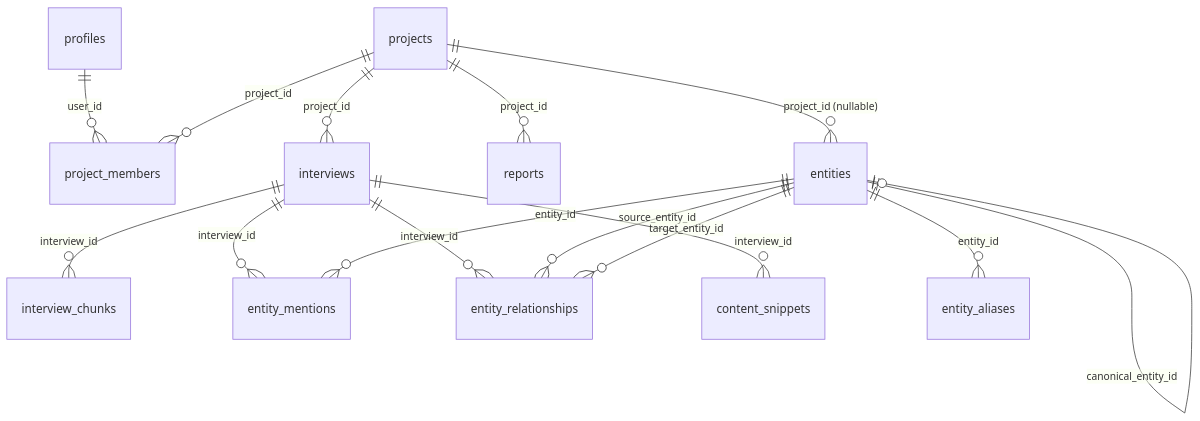
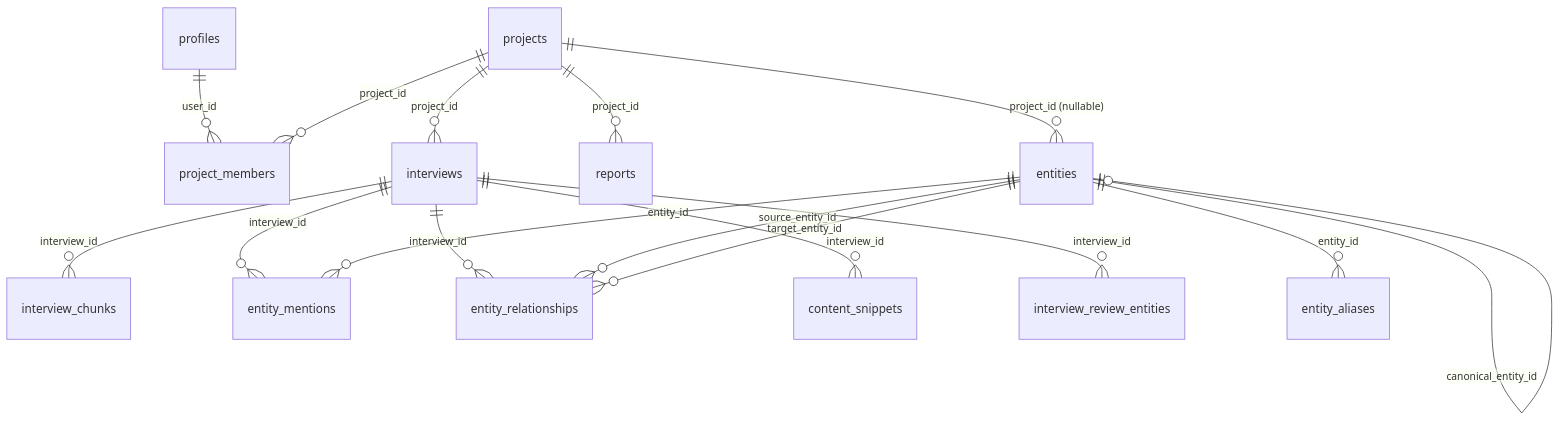
The first of 3 diagrams in docs/infrastructure/database-schema.md (carlosmatac/sovereign-data), drawn with Mermaid before and after one commit. The commit also changed other lines of this file and 5 other files, not shown here.

Commit message:
Added new doc to implement  feature: human review layer for interview processing

````diff
--- a/docs/infrastructure/database-schema.md
+++ b/docs/infrastructure/database-schema.md
@@ -25,17 +25,18 @@
 ```mermaid
 erDiagram
     profiles ||--o{ project_members : "user_id"
     projects ||--o{ project_members : "project_id"
     projects ||--o{ interviews : "project_id"
     projects ||--o{ reports : "project_id"
     projects ||--o{ entities : "project_id (nullable)"
     interviews ||--o{ interview_chunks : "interview_id"
     interviews ||--o{ entity_mentions : "interview_id"
     interviews ||--o{ entity_relationships : "interview_id"
     interviews ||--o{ content_snippets : "interview_id"
+    interviews ||--o{ interview_review_entities : "interview_id"
     entities ||--o{ entity_mentions : "entity_id"
     entities ||--o{ entity_aliases : "entity_id"
     entities ||--o{ entity_relationships : "source_entity_id"
     entities ||--o{ entity_relationships : "target_entity_id"
     entities ||--o| entities : "canonical_entity_id"
 ```
````
